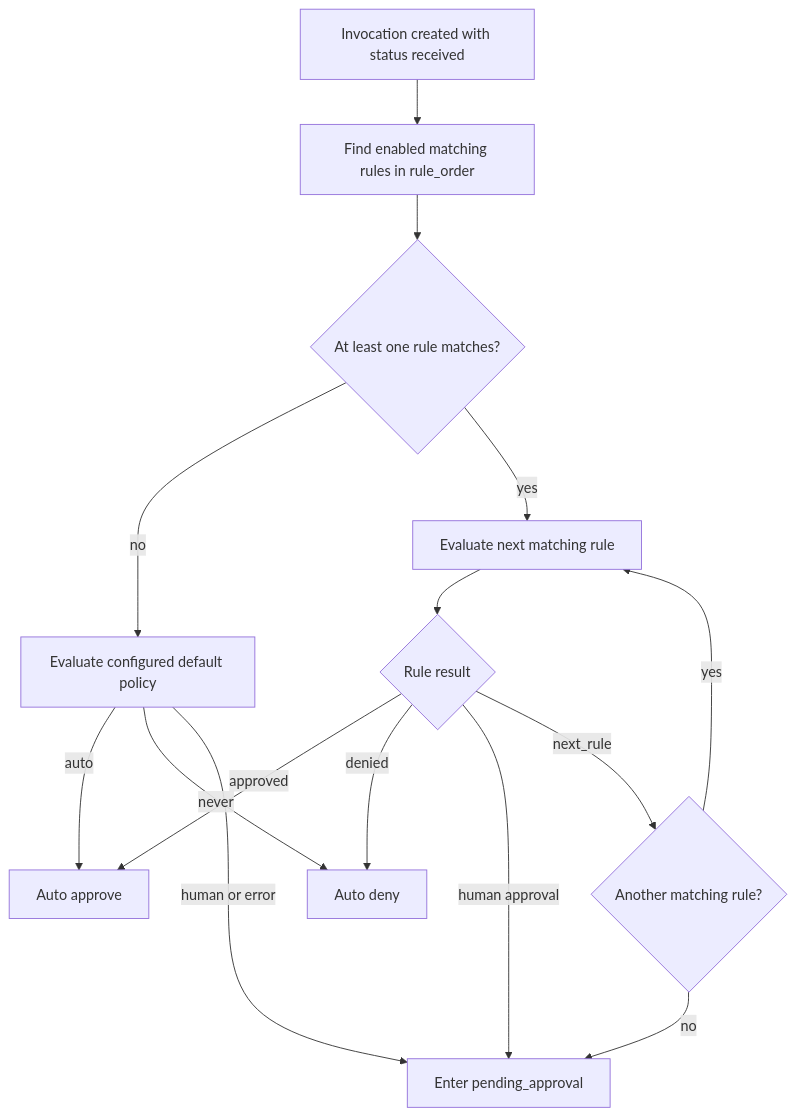
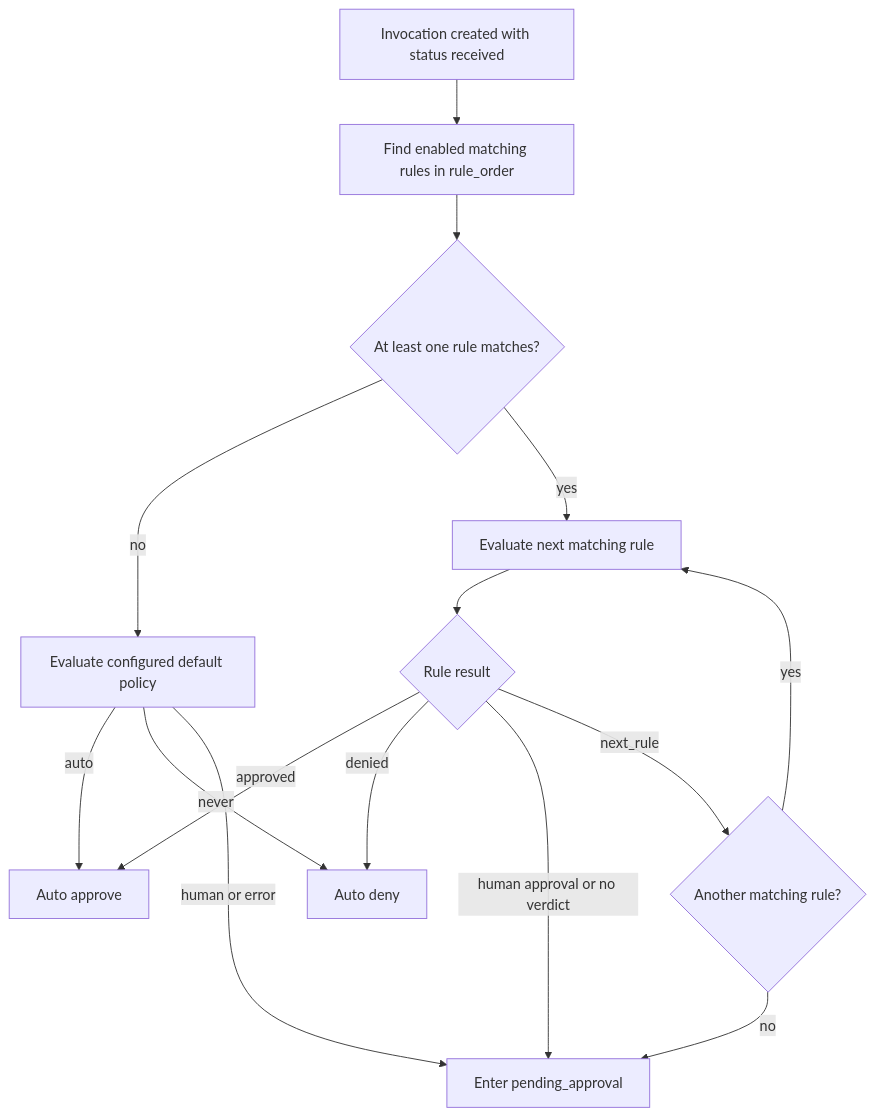
Before and after one commit to validmind/atryum: the second of 5 diagrams in docs/architecture.md, drawn with Mermaid. The commit also changed other lines of this file and 7 other files, not shown here.

````diff
--- a/docs/architecture.md
+++ b/docs/architecture.md
@@ -91,26 +91,26 @@
 ```mermaid
 flowchart TD
     Start[Invocation created with status received]
     Match[Find enabled matching rules in rule_order]
     Any{At least one rule matches?}
     Evaluate[Evaluate next matching rule]
     Action{Rule result}
     More{Another matching rule?}
     Policy[Evaluate configured default policy]
     Approve[Auto approve]
     Deny[Auto deny]
     Human[Enter pending_approval]
 
     Start --> Match --> Any
     Any -->|no| Policy
     Any -->|yes| Evaluate --> Action
     Action -->|approved| Approve
     Action -->|denied| Deny
-    Action -->|human approval| Human
+    Action -->|human approval or no verdict| Human
     Action -->|next_rule| More
     More -->|yes| Evaluate
     More -->|no| Human
     Policy -->|auto| Approve
     Policy -->|never| Deny
     Policy -->|human or error| Human
 ```
````
